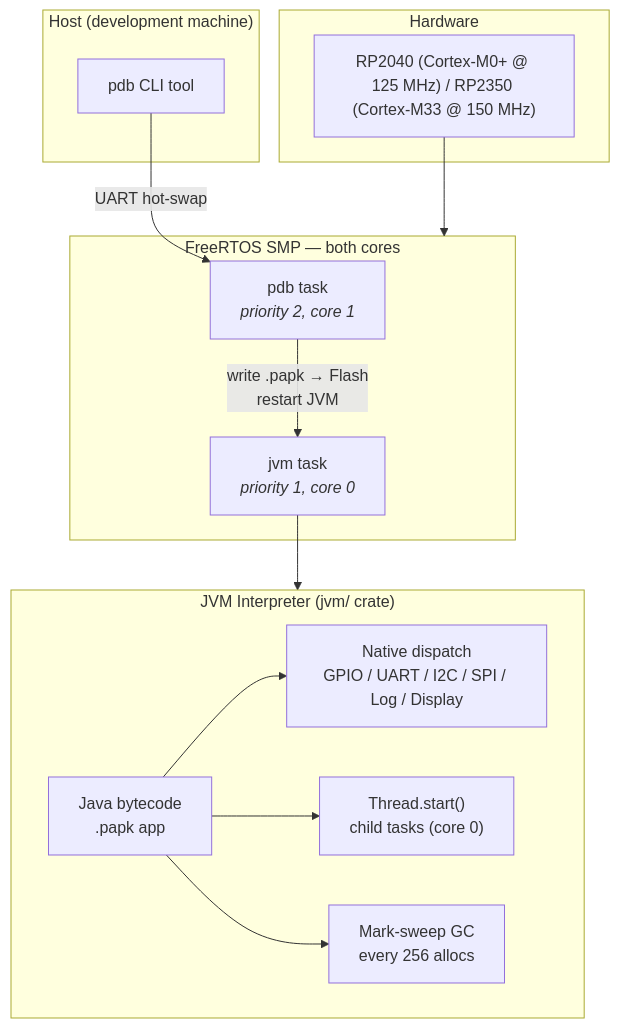
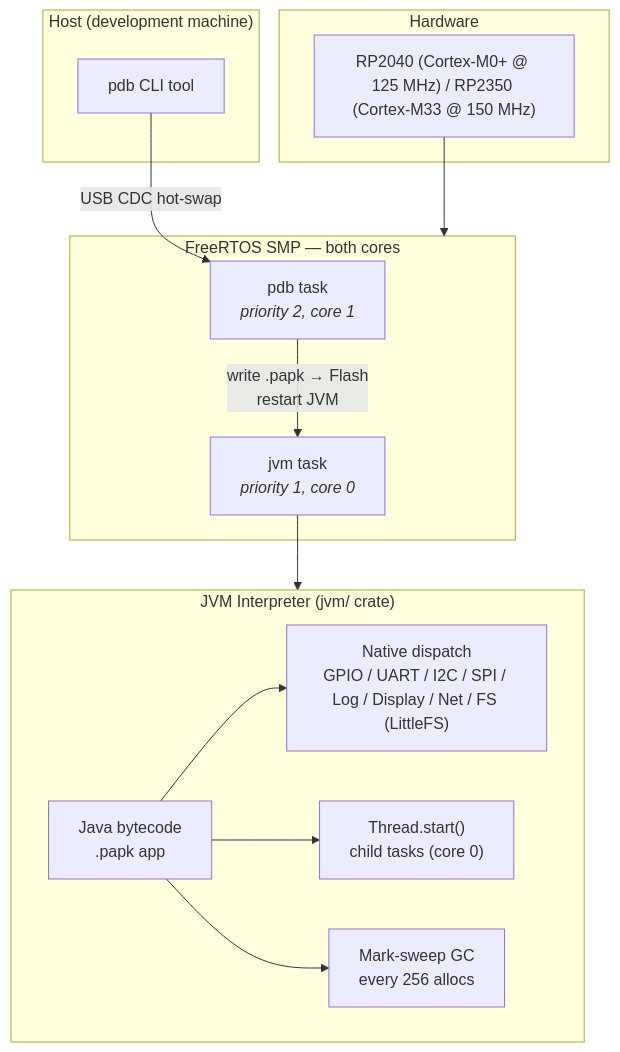
One commit to shivrajora/picodroid-rs changed the diagram in README.md. Above: the diagram before and after it, drawn with Mermaid. The commit also changed other lines of this file and 8 other files, not shown here.

First line of the commit message:
Refresh docs to cover filesystem, prefs, networking, new widgets, USB CDC

````diff
--- a/README.md
+++ b/README.md
@@ -31,31 +31,31 @@
 ```mermaid
 graph TD
     subgraph Hardware
         HW["RP2040 (Cortex-M0+ @ 125 MHz) / RP2350 (Cortex-M33 @ 150 MHz)"]
     end
 
     subgraph FreeRTOS["FreeRTOS SMP — both cores"]
         PDB["pdb task<br/><i>priority 2, core 1</i>"]
         JVM_TASK["jvm task<br/><i>priority 1, core 0</i>"]
     end
 
     subgraph JVM["JVM Interpreter (jvm/ crate)"]
         BC["Java bytecode<br/>.papk app"]
-        NATIVE["Native dispatch<br/>GPIO / UART / I2C / SPI / Log / Display"]
+        NATIVE["Native dispatch<br/>GPIO / UART / I2C / SPI / Log / Display / Net / FS (LittleFS)"]
         THREADS["Thread.start()<br/>child tasks (core 0)"]
         GC["Mark-sweep GC<br/>every 256 allocs"]
     end
 
     subgraph Host["Host (development machine)"]
         PDB_CLI["pdb CLI tool"]
     end
 
     HW --> FreeRTOS
     JVM_TASK --> JVM
     BC --> NATIVE
     BC --> THREADS
     BC --> GC
 
-    PDB_CLI -- "UART hot-swap" --> PDB
+    PDB_CLI -- "USB CDC hot-swap" --> PDB
     PDB -- "write .papk → Flash<br/>restart JVM" --> JVM_TASK
 ```
````
